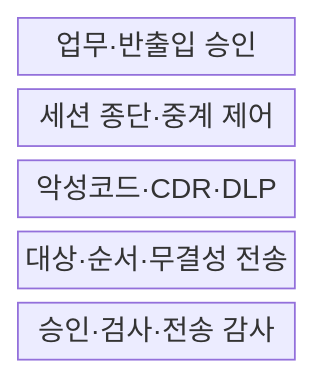
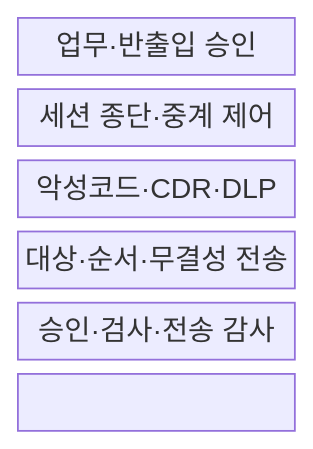
The first of 2 diagrams in src/content/docs/notes/05-security/140_network_separation_bridging.md (agnusdei1207/knowledge-base), drawn with Mermaid before and after one commit. The commit also changed other lines of this file and 151 other files, not shown here.

````diff
--- a/src/content/docs/notes/05-security/140_network_separation_bridging.md
+++ b/src/content/docs/notes/05-security/140_network_separation_bridging.md
@@ -56,9 +56,11 @@
 ```mermaid
 block-beta
   columns 1
   A["업무·반출입 승인"]
   P["세션 종단·중계 제어"]
   C["악성코드·CDR·DLP"]
   I["대상·순서·무결성 전송"]
   L["승인·검사·전송 감사"]
+  A --- P --- C
+  C --- I --- L
 ```
````
